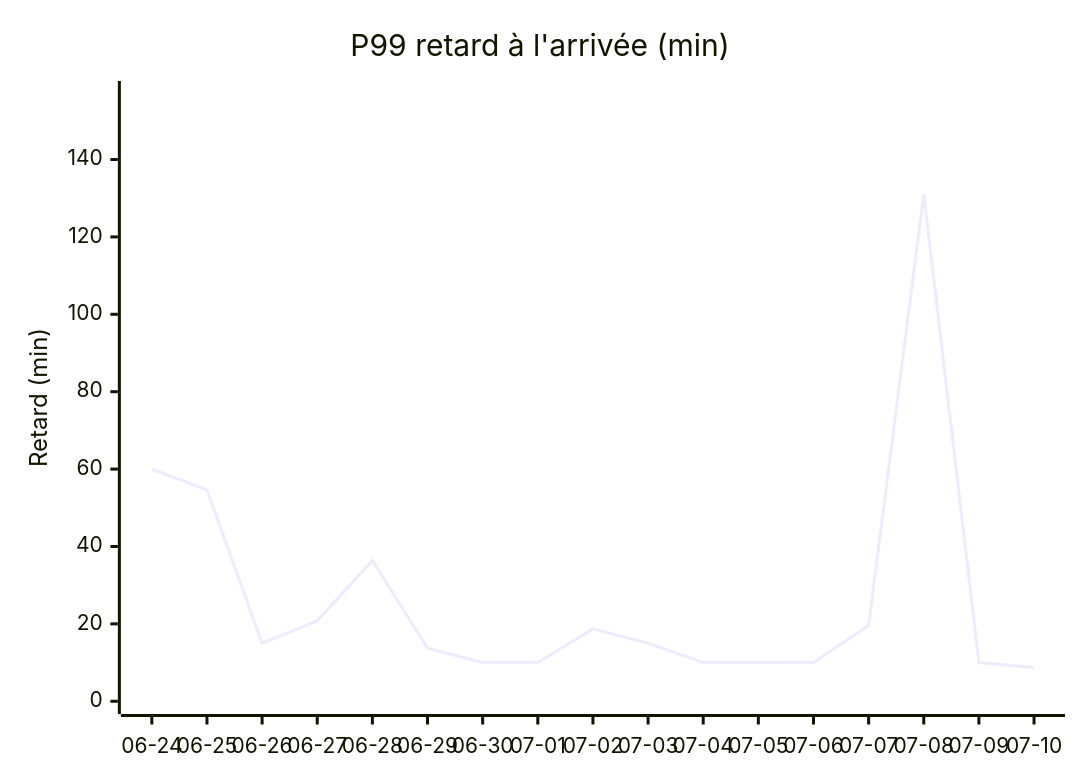
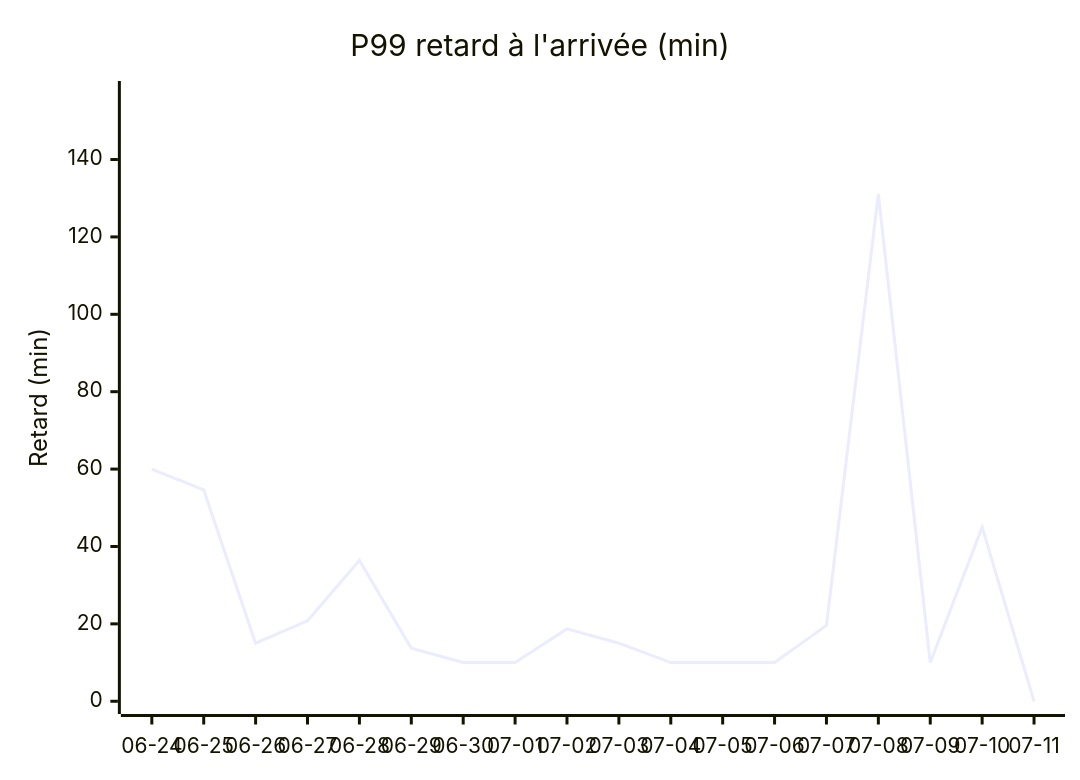
One commit to antoinerep/horaire-ter changed the second of 4 diagrams in STATS.md. Above: the diagram before and after it, drawn with Mermaid. The commit also changed other lines of this file and 1 other file, not shown here.

````diff
--- a/STATS.md
+++ b/STATS.md
@@ -39,7 +39,7 @@
 ```mermaid
 xychart-beta
     title "P99 retard à l'arrivée (min)"
-    x-axis ["06-24", "06-25", "06-26", "06-27", "06-28", "06-29", "06-30", "07-01", "07-02", "07-03", "07-04", "07-05", "07-06", "07-07", "07-08", "07-09", "07-10"]
+    x-axis ["06-24", "06-25", "06-26", "06-27", "06-28", "06-29", "06-30", "07-01", "07-02", "07-03", "07-04", "07-05", "07-06", "07-07", "07-08", "07-09", "07-10", "07-11"]
     y-axis "Retard (min)" 0 --> 157
-    line [60.0, 54.6, 15.0, 20.8, 36.4, 13.7, 10.0, 10.0, 18.7, 15.0, 10.0, 10.0, 10.0, 19.6, 131.1, 10.0, 8.7]
+    line [60.0, 54.6, 15.0, 20.8, 36.4, 13.7, 10.0, 10.0, 18.7, 15.0, 10.0, 10.0, 10.0, 19.6, 131.1, 10.0, 45.0, 0.0]
 ```
````
